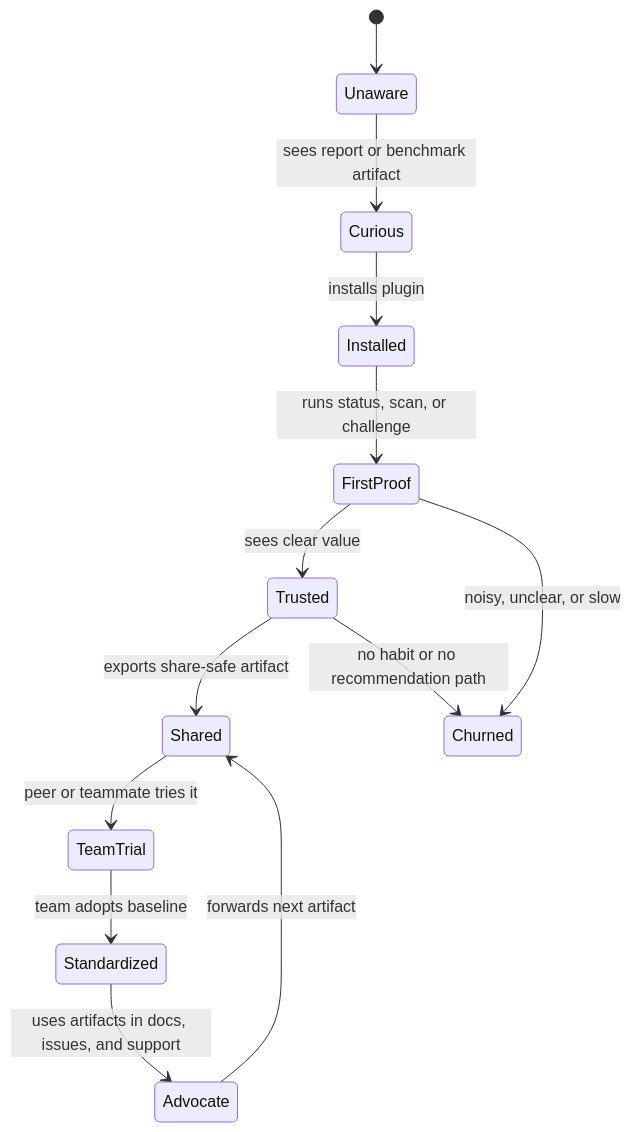
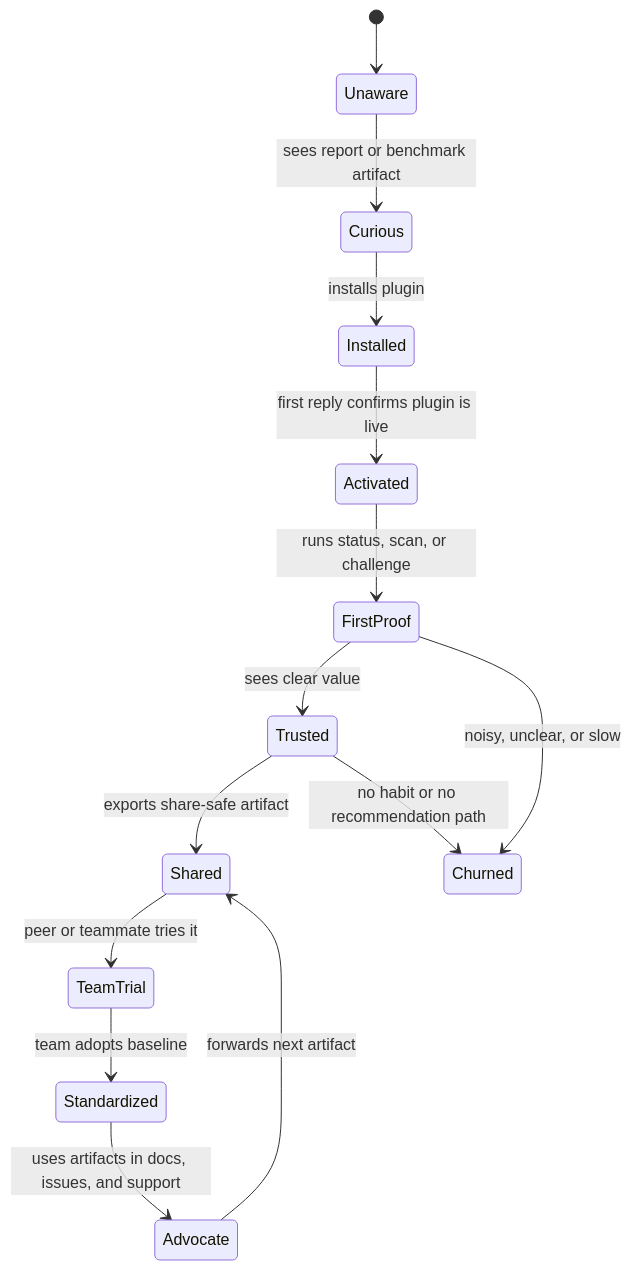
The first of 3 diagrams in plan.md (cschanhniem/clawshield), drawn with Mermaid before and after one commit. The commit also changed other lines of this file and 40 other files, not shown here.

````diff
--- a/plan.md
+++ b/plan.md
@@ -174,15 +176,16 @@
 ```mermaid
 stateDiagram-v2
   [*] --> Unaware
   Unaware --> Curious: sees report or benchmark artifact
   Curious --> Installed: installs plugin
-  Installed --> FirstProof: runs status, scan, or challenge
+  Installed --> Activated: first reply confirms plugin is live
+  Activated --> FirstProof: runs status, scan, or challenge
   FirstProof --> Trusted: sees clear value
   Trusted --> Shared: exports share-safe artifact
   Shared --> TeamTrial: peer or teammate tries it
   TeamTrial --> Standardized: team adopts baseline
   Standardized --> Advocate: uses artifacts in docs, issues, and support
   Advocate --> Shared: forwards next artifact
   FirstProof --> Churned: noisy, unclear, or slow
   Trusted --> Churned: no habit or no recommendation path
 ```
````
